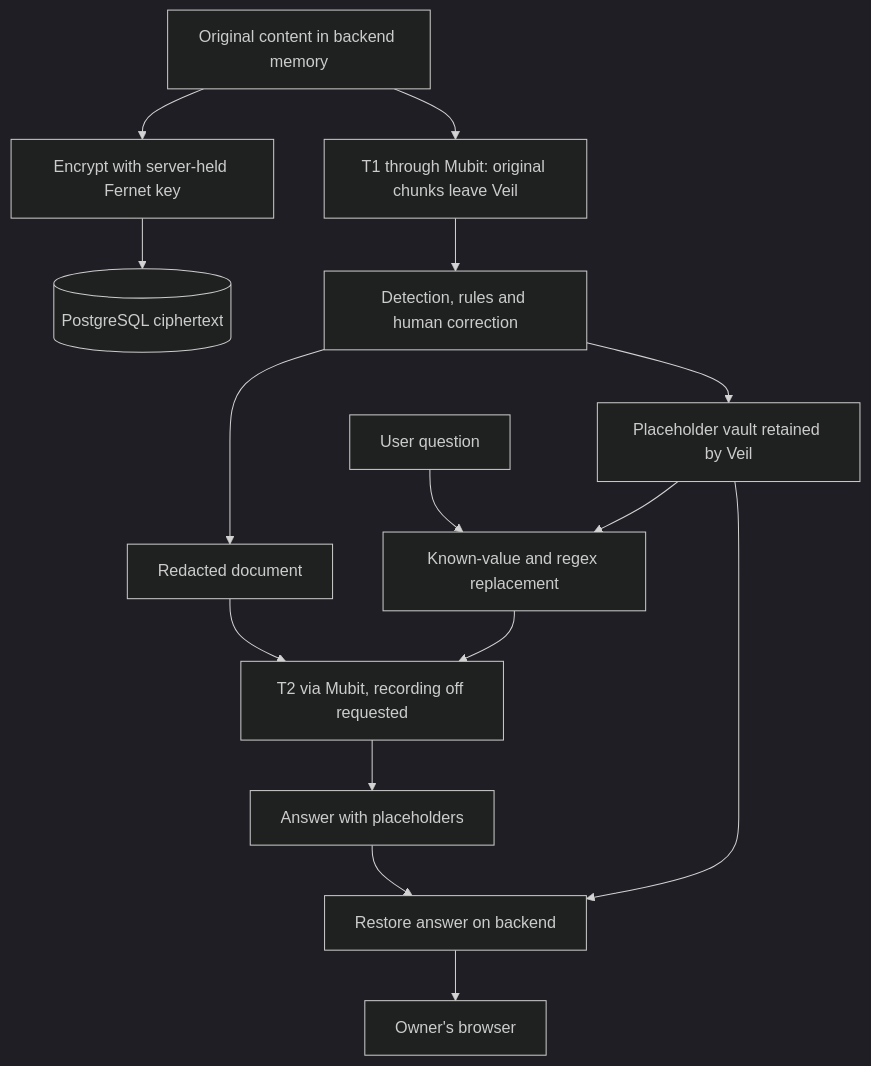
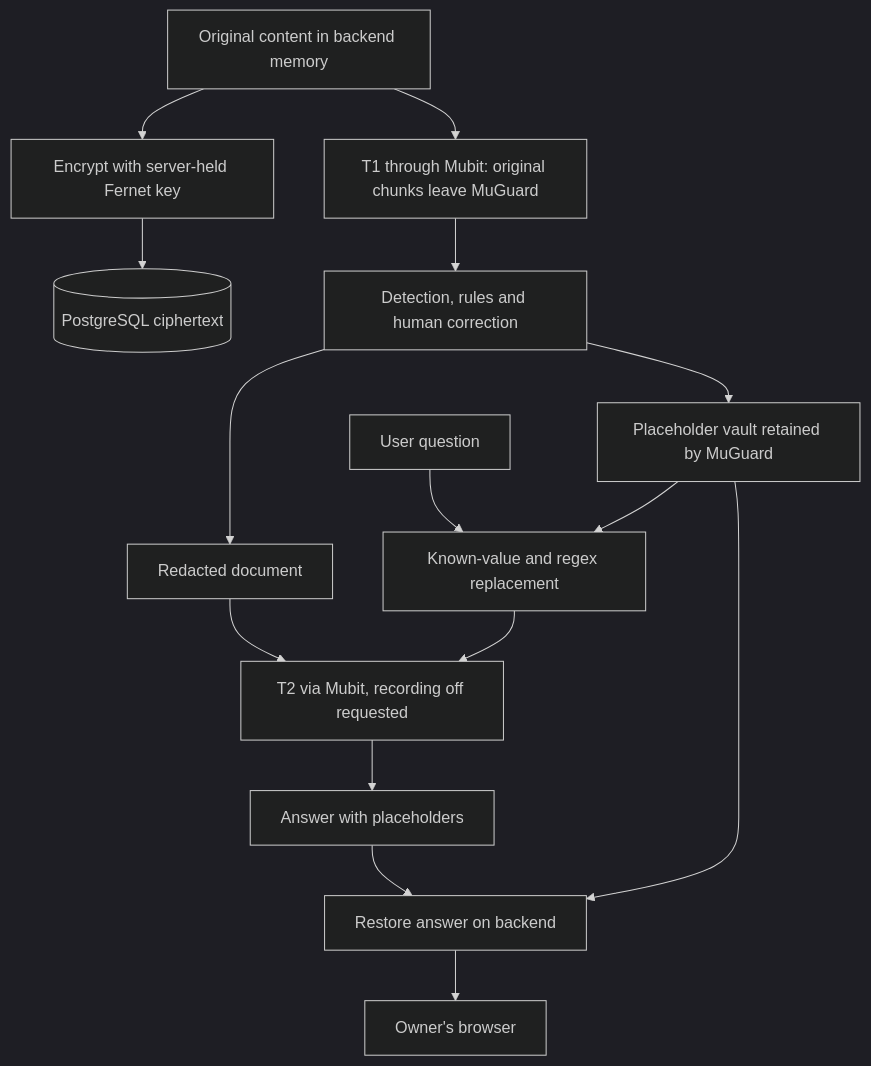
Before and after one commit to kolyamkl/night-shift: the diagram in docs/SECURITY.md, drawn with Mermaid (dark theme). The commit also changed other lines of this file and 28 other files, not shown here.

First line of the commit message:
Rename the app to MuGuard; simple high-level diagrams in README

````diff
--- a/docs/SECURITY.md
+++ b/docs/SECURITY.md
@@ -26,17 +26,17 @@
 ```mermaid
 flowchart TD
     A["Original content in backend memory"] --> E["Encrypt with server-held Fernet key"]
     E --> D[("PostgreSQL ciphertext")]
-    A --> T["T1 through Mubit: original chunks leave Veil"]
+    A --> T["T1 through Mubit: original chunks leave MuGuard"]
     T --> R["Detection, rules and human correction"]
     R --> P["Redacted document"]
-    R --> V["Placeholder vault retained by Veil"]
+    R --> V["Placeholder vault retained by MuGuard"]
     Q["User question"] --> F["Known-value and regex replacement"]
     V --> F
     F --> M["T2 via Mubit, recording off requested"]
     P --> M
     M --> B["Answer with placeholders"]
     V --> X["Restore answer on backend"]
     B --> X
     X --> U["Owner's browser"]
 ```
````
